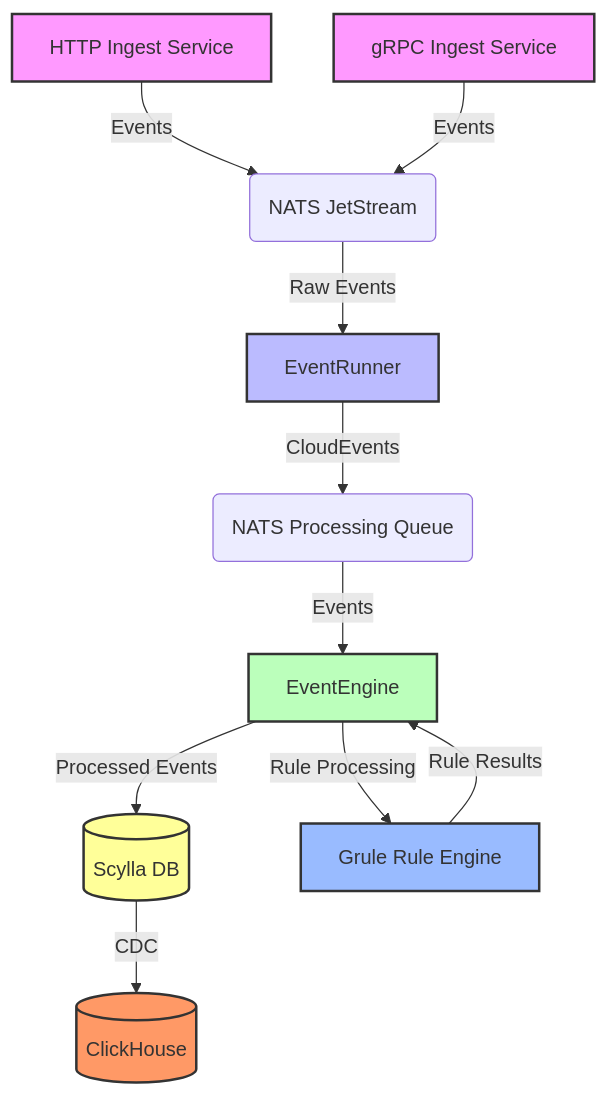
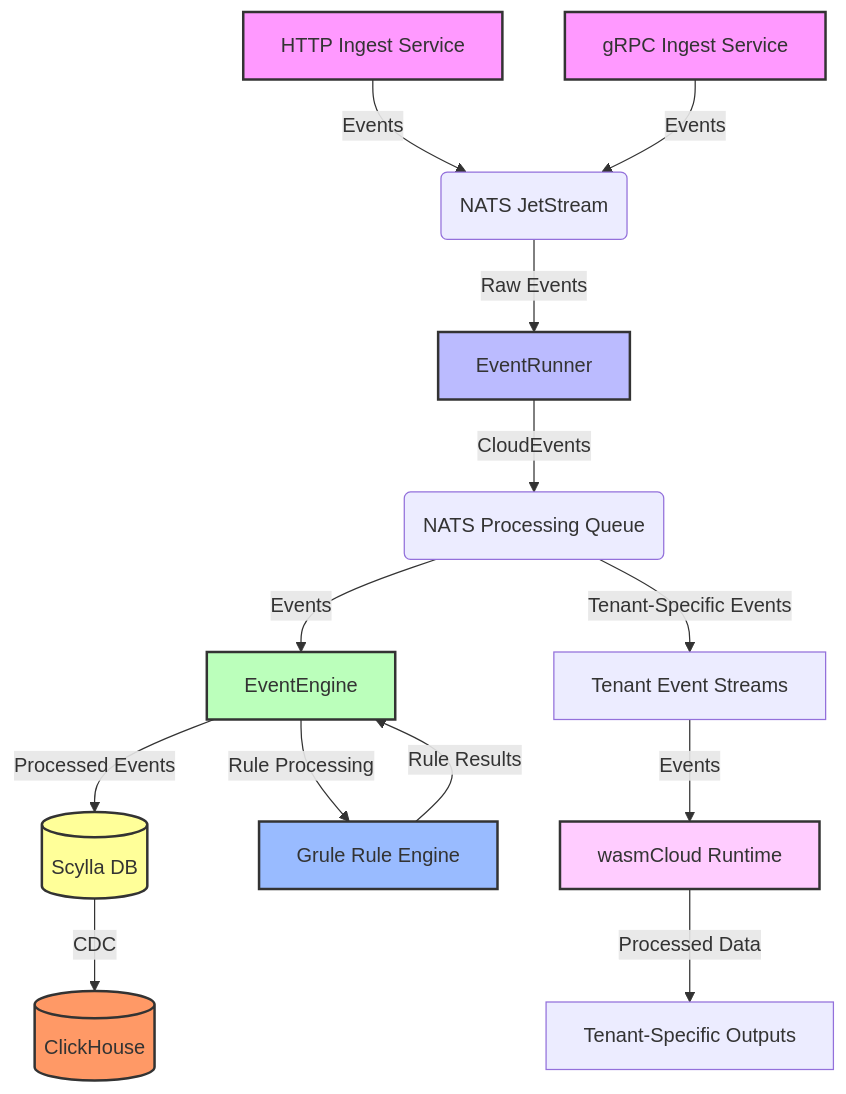
The diagram in README.md (carverauto/eventrunner), drawn with Mermaid before and after one commit. The commit also changed other lines of this file, not shown here.

````diff
--- a/README.md
+++ b/README.md
@@ -11,20 +11,24 @@
 ```mermaid
 graph TD
     A[HTTP Ingest Service] -->|Events| B(NATS JetStream)
     C[gRPC Ingest Service] -->|Events| B
     B -->|Raw Events| D[EventRunner]
     D -->|CloudEvents| E(NATS Processing Queue)
     E -->|Events| F[EventEngine]
     F -->|Processed Events| G[(Scylla DB)]
     G -->|CDC| H[(ClickHouse)]
     F -->|Rule Processing| I[Grule Rule Engine]
     I -->|Rule Results| F
+    E -->|Tenant-Specific Events| J[Tenant Event Streams]
+    J -->|Events| K[wasmCloud Runtime]
+    K -->|Processed Data| L[Tenant-Specific Outputs]
 
     style A fill:#f9f,stroke:#333,stroke-width:2px
     style C fill:#f9f,stroke:#333,stroke-width:2px
     style D fill:#bbf,stroke:#333,stroke-width:2px
     style F fill:#bfb,stroke:#333,stroke-width:2px
     style G fill:#ff9,stroke:#333,stroke-width:2px
     style H fill:#f96,stroke:#333,stroke-width:2px
     style I fill:#9bf,stroke:#333,stroke-width:2px
+    style K fill:#fcf,stroke:#333,stroke-width:2px
 ```
````
